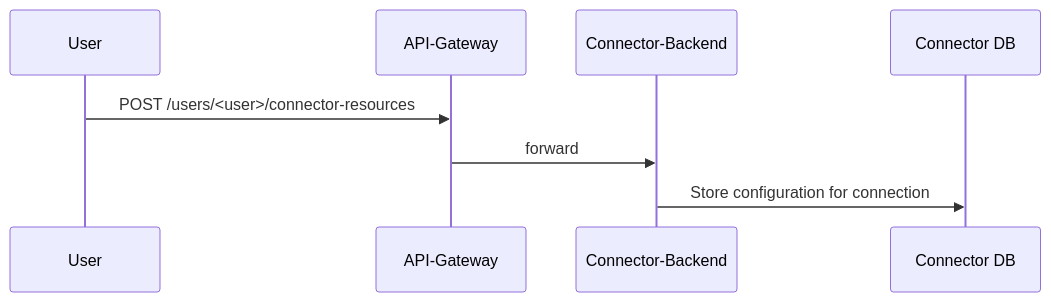
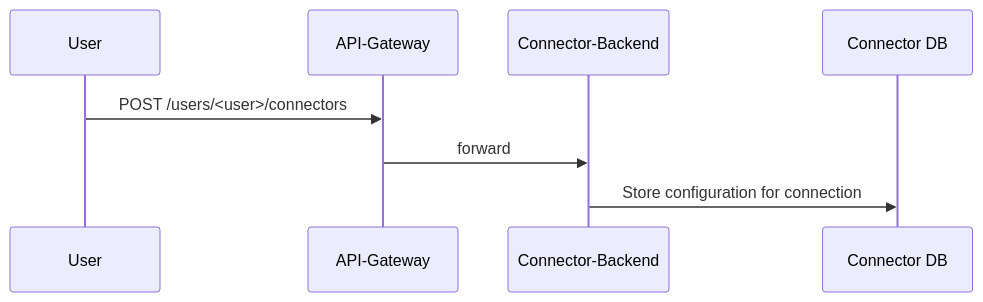
The second of 4 diagrams in .github/CONTRIBUTING.md (instill-ai/component), drawn with Mermaid before and after one commit. The commit also changed other lines of this file and 1 other file, not shown here.

Commit message:
chore(deps): adopt latest protos for retiring connector-backend

````diff
--- a/.github/CONTRIBUTING.md
+++ b/.github/CONTRIBUTING.md
@@ -46,6 +46,6 @@
 ```mermaid
 sequenceDiagram
-    User ->> API-Gateway: POST /users/<user>/connector-resources
+    User ->> API-Gateway: POST /users/<user>/connectors
     API-Gateway ->> Connector-Backend: forward
     Connector-Backend ->> Connector DB: Store configuration for connection
 ```
````
